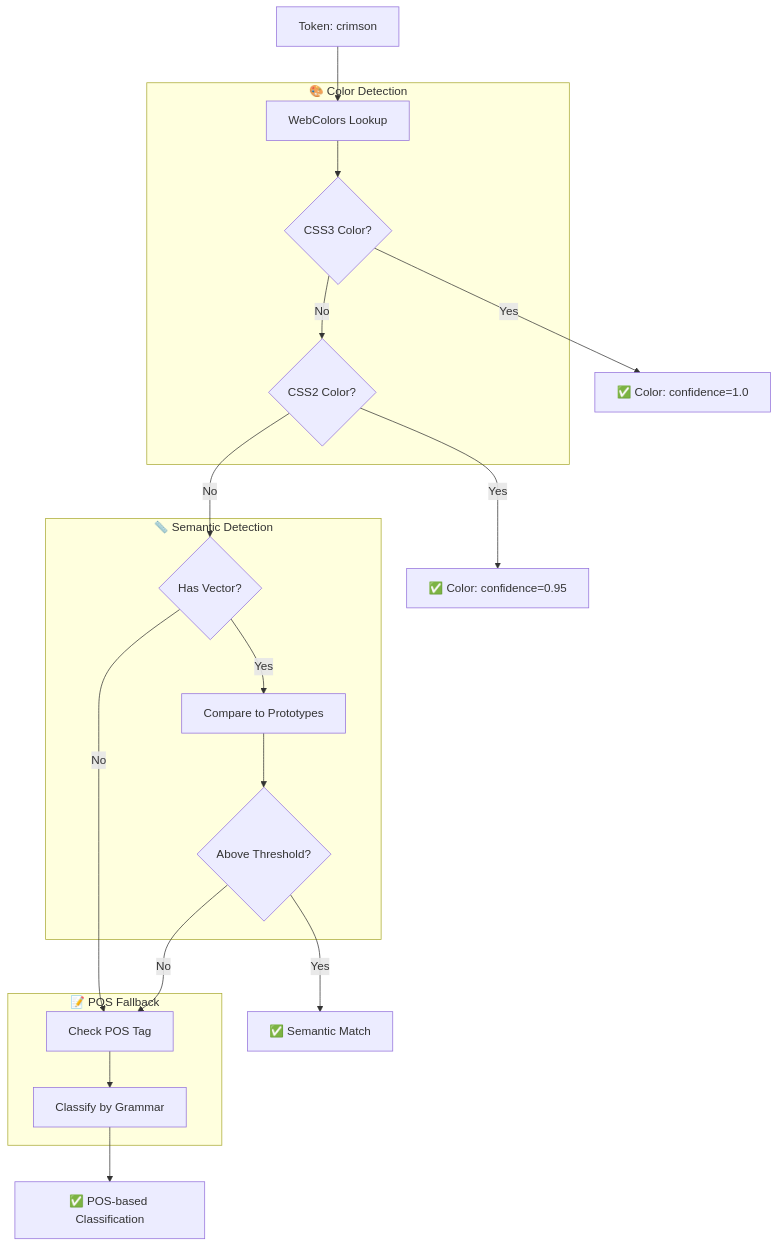
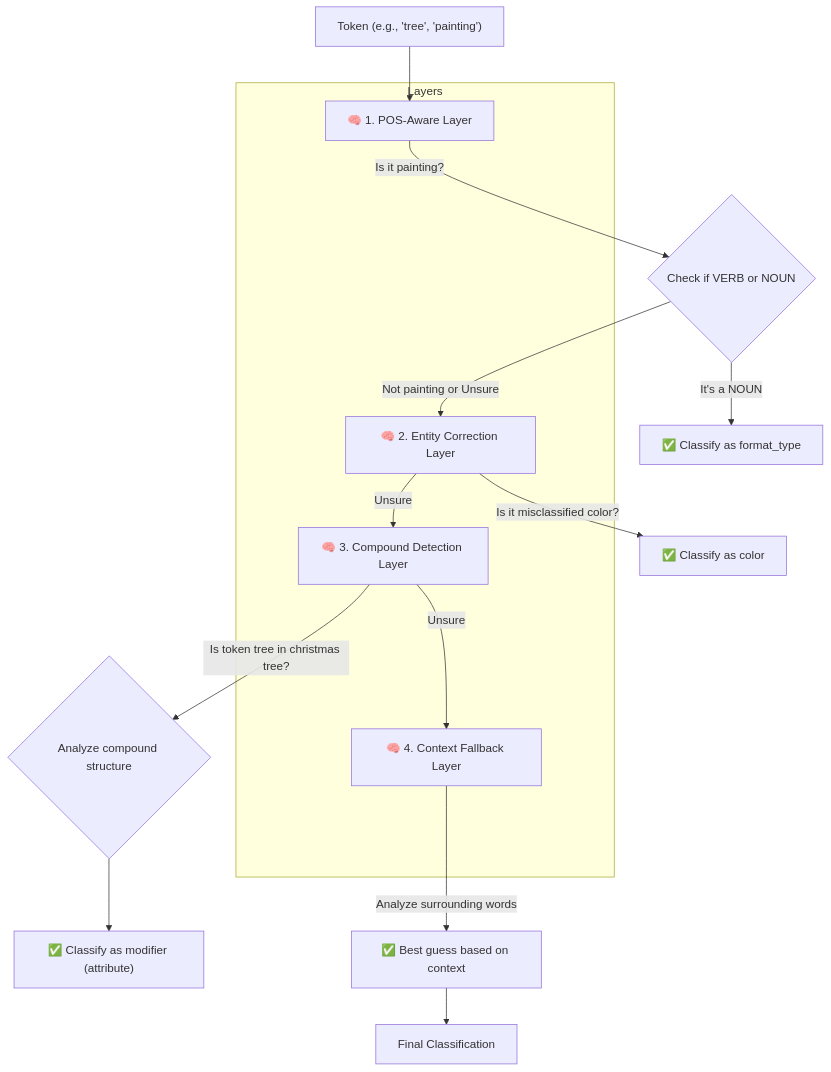
Before and after one commit to warlock7/spacy_dev: the fourth of 4 diagrams in spacy_nlp_analyzer_explained.md, drawn with Mermaid. The commit also changed other lines of this file and 1 other file, not shown here.

````diff
--- a/spacy_nlp_analyzer_explained.md
+++ b/spacy_nlp_analyzer_explained.md
@@ -203,37 +206,27 @@
 ```mermaid
 flowchart TD
-    Token["Token: crimson"]
+    Token["Token (e.g., 'tree', 'painting')"]
 
-    subgraph ColorDetection ["🎨 Color Detection"]
-        WC["WebColors Lookup"]
-        CSS3{"CSS3 Color?"}
-        CSS2{"CSS2 Color?"}
+    Token --> L1["🧠 1. POS-Aware Layer"]
+    L1 -->|Is it painting?| L1_Check{"Check if VERB or NOUN"}
+    L1_Check -->|"It's a NOUN"| L1_Result["✅ Classify as format_type"]
+    L1_Check -->|Not painting or Unsure| L2["🧠 2. Entity Correction Layer"]
+
+    L2 -->|Is it misclassified color?| L2_Result["✅ Classify as color"]
+    L2 -->|Unsure| L3["🧠 3. Compound Detection Layer"]
+
+    L3 -->|Is token tree in christmas tree?| L3_Check{"Analyze compound structure"}
+    L3_Check --> L3_Result["✅ Classify as modifier (attribute)"]
+    L3 -->|Unsure| L4["🧠 4. Context Fallback Layer"]
+
+    L4 -->|Analyze surrounding words| L4_Result["✅ Best guess based on context"]
+
+    subgraph Layers
+        L1
+        L2
+        L3
+        L4
     end
 
-    subgraph SemanticDetection ["📏 Semantic Detection"]
-        Vector{"Has Vector?"}
-        Similarity["Compare to Prototypes"]
-        Threshold{"Above Threshold?"}
-    end
-
-    subgraph POSFallback ["📝 POS Fallback"]
-        POS["Check POS Tag"]
-        Classify["Classify by Grammar"]
-    end
-
-    Token --> WC
-    WC --> CSS3
-    CSS3 -->|Yes| ColorMatch["✅ Color: confidence=1.0"]
-    CSS3 -->|No| CSS2
-    CSS2 -->|Yes| ColorMatch2["✅ Color: confidence=0.95"]
-    CSS2 -->|No| Vector
-
-    Vector -->|Yes| Similarity
-    Vector -->|No| POS
-    Similarity --> Threshold
-    Threshold -->|Yes| SemanticMatch["✅ Semantic Match"]
-    Threshold -->|No| POS
-
-    POS --> Classify
-    Classify --> POSMatch["✅ POS-based Classification"]
+    L4_Result --> Final["Final Classification"]
 ```
````
